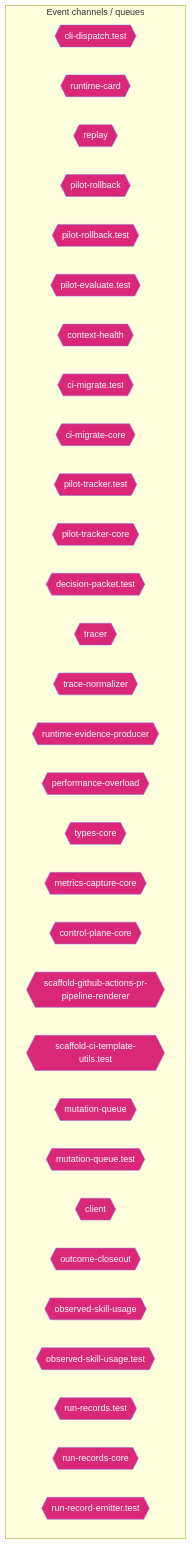
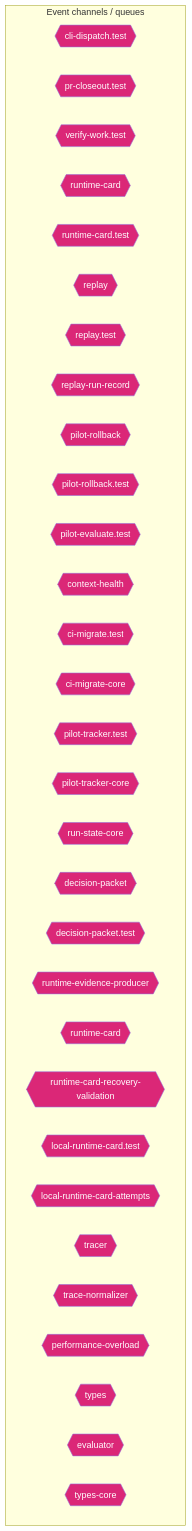
Before and after one commit to jscraik/coding-harness: the ninth of 14 diagrams in AI/context/diagram-context.md, drawn with Mermaid. The commit also changed other lines of this file and 6 other files, not shown here.

First line of the commit message:
refactor(remediate): split findings and run records

````diff
--- a/AI/context/diagram-context.md
+++ b/AI/context/diagram-context.md
@@ -1656,38 +1685,38 @@
 ```mermaid
 flowchart TD
   subgraph Channels["Event channels / queues"]
     cli_dispatch_test_54c9f17b{{"cli-dispatch.test"}}
+    pr_closeout_test_12a1ffdd{{"pr-closeout.test"}}
+    verify_work_test_0e12f6c5{{"verify-work.test"}}
     runtime_card_e06b53e1{{"runtime-card"}}
+    runtime_card_test_af812837{{"runtime-card.test"}}
     replay_ac203c98{{"replay"}}
+    replay_test_935f7436{{"replay.test"}}
+    replay_run_record_9a08cce2{{"replay-run-record"}}
     pilot_rollback_00c1f82c{{"pilot-rollback"}}
     pilot_rollback_test_e61d5a2b{{"pilot-rollback.test"}}
     pilot_evaluate_test_a2ac06fc{{"pilot-evaluate.test"}}
     context_health_80bb7da9{{"context-health"}}
     ci_migrate_test_2a015bb9{{"ci-migrate.test"}}
     ci_migrate_core_7005b5af{{"ci-migrate-core"}}
     pilot_tracker_test_80398a66{{"pilot-tracker.test"}}
     pilot_tracker_core_80d8ac96{{"pilot-tracker-core"}}
+    run_state_core_25a955bc{{"run-state-core"}}
+    decision_packet_8ee9d119{{"decision-packet"}}
     decision_packet_test_9ea0e97b{{"decision-packet.test"}}
+    runtime_evidence_producer_ea388cb5{{"runtime-evidence-producer"}}
+    runtime_card_1_465a49d2{{"runtime-card"}}
+    runtime_card_recovery_validation_e216d883{{"runtime-card-recovery-validation"}}
+    local_runtime_card_test_b508222b{{"local-runtime-card.test"}}
+    local_runtime_card_attempts_28aa46ea{{"local-runtime-card-attempts"}}
     tracer_1e6243a2{{"tracer"}}
     trace_normalizer_cb1be1d2{{"trace-normalizer"}}
-    runtime_evidence_producer_ea388cb5{{"runtime-evidence-producer"}}
     performance_overload_c685bfcf{{"performance-overload"}}
+    types_8_f6283648{{"types"}}
+    evaluator_27f6343f{{"evaluator"}}
     types_core_e405ddca{{"types-core"}}
-    metrics_capture_core_db4bf7cf{{"metrics-capture-core"}}
-    control_plane_core_db3b4cb2{{"control-plane-core"}}
-    scaffold_github_actions_pr_pipeline_renderer_1ee18de5{{"scaffold-github-actions-pr-pipeline-renderer"}}
-    scaffold_ci_template_utils_test_b94825d9{{"scaffold-ci-template-utils.test"}}
-    mutation_queue_ce5a530e{{"mutation-queue"}}
-    mutation_queue_test_10b599e8{{"mutation-queue.test"}}
-    client_948fe603{{"client"}}
-    outcome_closeout_ba497ec2{{"outcome-closeout"}}
-    observed_skill_usage_ed7d5930{{"observed-skill-usage"}}
-    observed_skill_usage_test_311c215a{{"observed-skill-usage.test"}}
-    run_records_test_3ee6a0e3{{"run-records.test"}}
-    run_records_core_89286dfa{{"run-records-core"}}
-    run_record_emitter_test_5475c0da{{"run-record-emitter.test"}}
   end
   classDef eventNode fill:#db2777,color:#fff
-  class cli_dispatch_test_54c9f17b,runtime_card_e06b53e1,replay_ac203c98,pilot_rollback_00c1f82c,pilot_rollback_test_e61d5a2b,pilot_evaluate_test_a2ac06fc,context_health_80bb7da9,ci_migrate_test_2a015bb9,ci_migrate_core_7005b5af,pilot_tracker_test_80398a66,pilot_tracker_core_80d8ac96,decision_packet_test_9ea0e97b,tracer_1e6243a2,trace_normalizer_cb1be1d2,runtime_evidence_producer_ea388cb5,performance_overload_c685bfcf,types_core_e405ddca,metrics_capture_core_db4bf7cf,control_plane_core_db3b4cb2,scaffold_github_actions_pr_pipeline_renderer_1ee18de5,scaffold_ci_template_utils_test_b94825d9,mutation_queue_ce5a530e,mutation_queue_test_10b599e8,client_948fe603,outcome_closeout_ba497ec2,observed_skill_usage_ed7d5930,observed_skill_usage_test_311c215a,run_records_test_3ee6a0e3,run_records_core_89286dfa,run_record_emitter_test_5475c0da eventNode
+  class cli_dispatch_test_54c9f17b,pr_closeout_test_12a1ffdd,verify_work_test_0e12f6c5,runtime_card_e06b53e1,runtime_card_test_af812837,replay_ac203c98,replay_test_935f7436,replay_run_record_9a08cce2,pilot_rollback_00c1f82c,pilot_rollback_test_e61d5a2b,pilot_evaluate_test_a2ac06fc,context_health_80bb7da9,ci_migrate_test_2a015bb9,ci_migrate_core_7005b5af,pilot_tracker_test_80398a66,pilot_tracker_core_80d8ac96,run_state_core_25a955bc,decision_packet_8ee9d119,decision_packet_test_9ea0e97b,runtime_evidence_producer_ea388cb5,runtime_card_1_465a49d2,runtime_card_recovery_validation_e216d883,local_runtime_card_test_b508222b,local_runtime_card_attempts_28aa46ea,tracer_1e6243a2,trace_normalizer_cb1be1d2,performance_overload_c685bfcf,types_8_f6283648,evaluator_27f6343f,types_core_e405ddca eventNode
 
 ```
````
